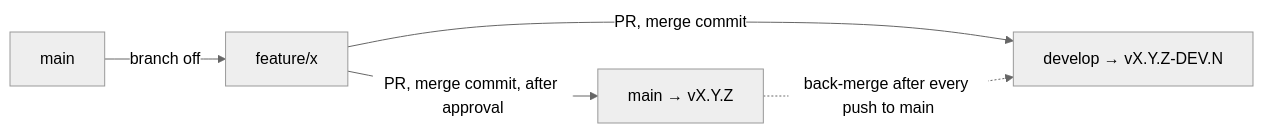
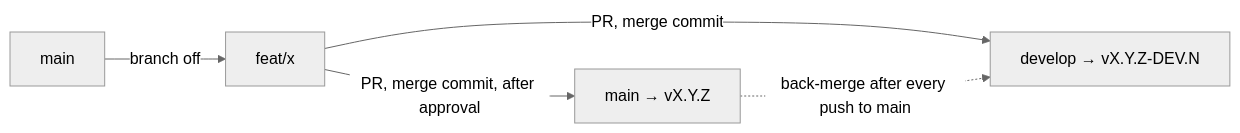
Before and after one commit to duydpdev/style-generator: the diagram in documents/deploy.md, drawn with Mermaid (neutral theme). The commit also changed other lines of this file and 4 other files, not shown here.

````diff
--- a/documents/deploy.md
+++ b/documents/deploy.md
@@ -37,7 +37,7 @@
 ```mermaid
 flowchart LR
-    M[main] -->|branch off| F["feature/x"]
+    M[main] -->|branch off| F["feat/x"]
     F -->|PR, merge commit| D["develop → vX.Y.Z-DEV.N"]
     F -->|PR, merge commit, after approval| M2["main → vX.Y.Z"]
     M2 -.->|back-merge after every push to main| D
 ```
````
